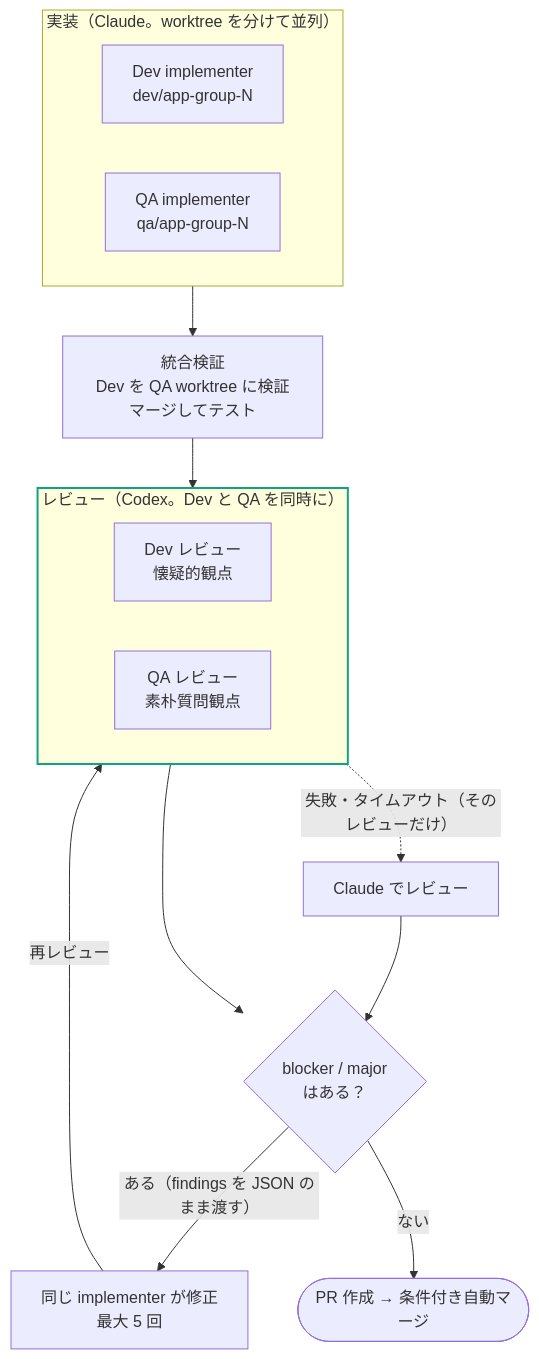
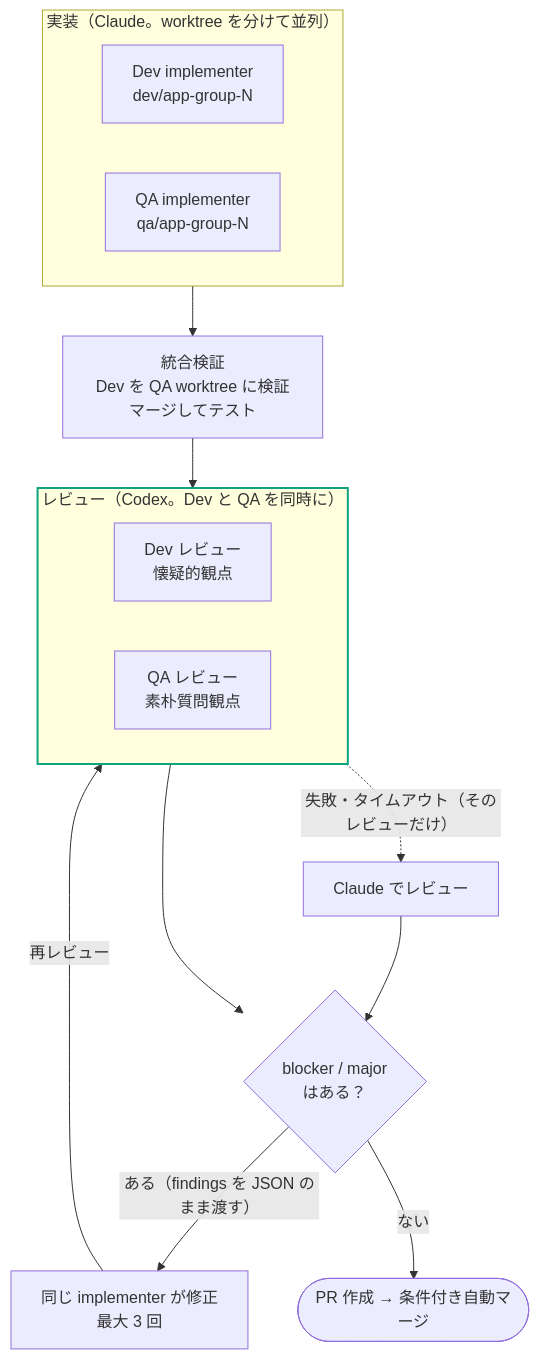
Before and after one commit to youmjww-org/dev-flow-skills: the fifth of 5 diagrams in README.md, drawn with Mermaid. The commit also changed 20 other files, not shown here.

First line of the commit message:
dev-flow を速くする: グループを小さく切る・QA を待たせない・確認とレビューの往復を絞る

````diff
--- a/README.md
+++ b/README.md
@@ -385,26 +385,26 @@
 ```mermaid
 flowchart TD
     subgraph Impl["実装（Claude。worktree を分けて並列）"]
         direction LR
         Dev["Dev implementer<br/>dev/app-group-N"]
         QA["QA implementer<br/>qa/app-group-N"]
     end
     IC["統合検証<br/>Dev を QA worktree に検証マージしてテスト"]
     subgraph Rev["レビュー（Codex。Dev と QA を同時に）"]
         direction LR
         DR["Dev レビュー<br/>懐疑的観点"]
         QR["QA レビュー<br/>素朴質問観点"]
     end
     RevC["Claude でレビュー"]
     Judge{"blocker / major<br/>はある？"}
-    Fix["同じ implementer が修正<br/>最大 5 回"]
+    Fix["同じ implementer が修正<br/>最大 3 回"]
     PR(["PR 作成 → 条件付き自動マージ"])
 
     Impl --> IC --> Rev --> Judge
     Rev -. "失敗・タイムアウト（そのレビューだけ）" .-> RevC --> Judge
     Judge -->|"ある（findings を JSON のまま渡す）"| Fix
     Fix -->|再レビュー| Rev
     Judge -->|ない| PR
     Rev:::codex
     classDef codex stroke:#10a37f,stroke-width:2px
 ```
````
